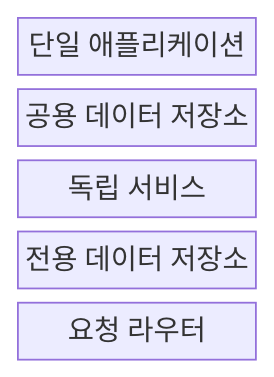
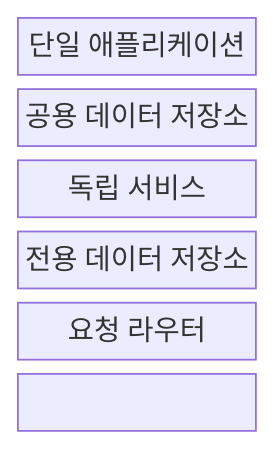
The first of 2 diagrams in src/content/docs/notes/03-software/051_monolith_vs_microservice.md (agnusdei1207/knowledge-base), drawn with Mermaid before and after one commit. The commit also changed other lines of this file and 238 other files, not shown here.

````diff
--- a/src/content/docs/notes/03-software/051_monolith_vs_microservice.md
+++ b/src/content/docs/notes/03-software/051_monolith_vs_microservice.md
@@ -62,9 +62,11 @@
 ```mermaid
-block
+block-beta
   columns 1
   M["단일 애플리케이션"]
   MD["공용 데이터 저장소"]
   S["독립 서비스"]
   SD["전용 데이터 저장소"]
   R["요청 라우터"]
+  R --- M --- MD
+  R --- S --- SD
 ```
````
